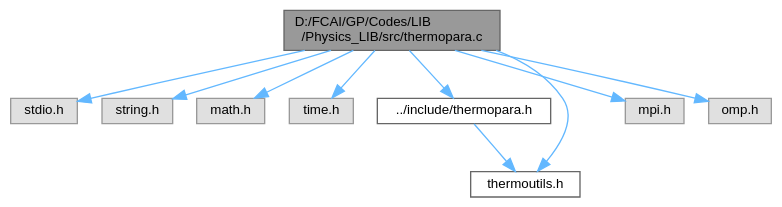
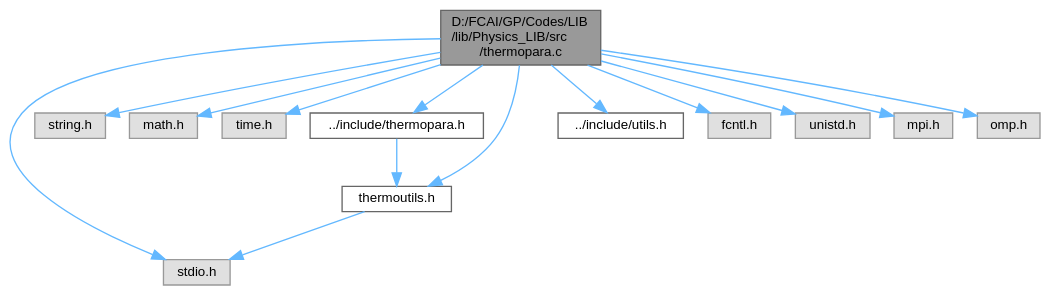
One commit to Computational-science-based-on-HPC/Computational-science-based-on-HPC.github.i changed the diagram in thermopara_8c__incl.dot. Above: the diagram before and after it, drawn with Graphviz. The commit also changed 103 other files, not shown here.

```diff
--- a/thermopara_8c__incl.dot
+++ b/thermopara_8c__incl.dot
@@ -1,25 +1,32 @@
-digraph "D:/FCAI/GP/Codes/LIB/Physics_LIB/src/thermopara.c"
+digraph "D:/FCAI/GP/Codes/LIB/lib/Physics_LIB/src/thermopara.c"
 {
  // LATEX_PDF_SIZE
   bgcolor="transparent";
   edge [fontname=Helvetica,fontsize=10,labelfontname=Helvetica,labelfontsize=10];
   node [fontname=Helvetica,fontsize=10,shape=box,height=0.2,width=0.4];
-  Node1 [id="Node000001",label="D:/FCAI/GP/Codes/LIB\l/Physics_LIB/src/thermopara.c",height=0.2,width=0.4,color="gray40", fillcolor="grey60", style="filled", fontcolor="black",tooltip="This file contains the implementation of the parallel version of the heat transfer simulation in 1D a..."];
+  Node1 [id="Node000001",label="D:/FCAI/GP/Codes/LIB\l/lib/Physics_LIB/src\l/thermopara.c",height=0.2,width=0.4,color="gray40", fillcolor="grey60", style="filled", fontcolor="black",tooltip=" "];
   Node1 -> Node2 [id="edge1_Node000001_Node000002",color="steelblue1",style="solid",tooltip=" "];
   Node2 [id="Node000002",label="stdio.h",height=0.2,width=0.4,color="grey60", fillcolor="#E0E0E0", style="filled",tooltip=" "];
   Node1 -> Node3 [id="edge2_Node000001_Node000003",color="steelblue1",style="solid",tooltip=" "];
   Node3 [id="Node000003",label="string.h",height=0.2,width=0.4,color="grey60", fillcolor="#E0E0E0", style="filled",tooltip=" "];
   Node1 -> Node4 [id="edge3_Node000001_Node000004",color="steelblue1",style="solid",tooltip=" "];
   Node4 [id="Node000004",label="math.h",height=0.2,width=0.4,color="grey60", fillcolor="#E0E0E0", style="filled",tooltip=" "];
   Node1 -> Node5 [id="edge4_Node000001_Node000005",color="steelblue1",style="solid",tooltip=" "];
   Node5 [id="Node000005",label="time.h",height=0.2,width=0.4,color="grey60", fillcolor="#E0E0E0", style="filled",tooltip=" "];
   Node1 -> Node6 [id="edge5_Node000001_Node000006",color="steelblue1",style="solid",tooltip=" "];
-  Node6 [id="Node000006",label="../include/thermopara.h",height=0.2,width=0.4,color="grey40", fillcolor="white", style="filled",URL="$thermopara_8h.html",tooltip=" "];
+  Node6 [id="Node000006",label="../include/thermopara.h",height=0.2,width=0.4,color="grey40", fillcolor="white", style="filled",URL="$thermopara_8h.html",tooltip="This file contains the implementation of the parallel version of the heat transfer simulation in 1D a..."];
   Node6 -> Node7 [id="edge6_Node000006_Node000007",color="steelblue1",style="solid",tooltip=" "];
-  Node7 [id="Node000007",label="thermoutils.h",height=0.2,width=0.4,color="grey40", fillcolor="white", style="filled",URL="$thermoutils_8h.html",tooltip=" "];
-  Node1 -> Node7 [id="edge7_Node000001_Node000007",color="steelblue1",style="solid",tooltip=" "];
-  Node1 -> Node8 [id="edge8_Node000001_Node000008",color="steelblue1",style="solid",tooltip=" "];
-  Node8 [id="Node000008",label="mpi.h",height=0.2,width=0.4,color="grey60", fillcolor="#E0E0E0", style="filled",tooltip=" "];
-  Node1 -> Node9 [id="edge9_Node000001_Node000009",color="steelblue1",style="solid",tooltip=" "];
-  Node9 [id="Node000009",label="omp.h",height=0.2,width=0.4,color="grey60", fillcolor="#E0E0E0", style="filled",tooltip=" "];
+  Node7 [id="Node000007",label="thermoutils.h",height=0.2,width=0.4,color="grey40", fillcolor="white", style="filled",URL="$thermoutils_8h.html",tooltip="This file contains the utility functions used by the heat transfer simulation in 1D and 2D to help in..."];
+  Node7 -> Node2 [id="edge7_Node000007_Node000002",color="steelblue1",style="solid",tooltip=" "];
+  Node1 -> Node7 [id="edge8_Node000001_Node000007",color="steelblue1",style="solid",tooltip=" "];
+  Node1 -> Node8 [id="edge9_Node000001_Node000008",color="steelblue1",style="solid",tooltip=" "];
+  Node8 [id="Node000008",label="../include/utils.h",height=0.2,width=0.4,color="grey40", fillcolor="white", style="filled",URL="$utils_8h.html",tooltip="This file contains utility functions used by oscillations simulation to help in calculations."];
+  Node1 -> Node9 [id="edge10_Node000001_Node000009",color="steelblue1",style="solid",tooltip=" "];
+  Node9 [id="Node000009",label="fcntl.h",height=0.2,width=0.4,color="grey60", fillcolor="#E0E0E0", style="filled",tooltip=" "];
+  Node1 -> Node10 [id="edge11_Node000001_Node000010",color="steelblue1",style="solid",tooltip=" "];
+  Node10 [id="Node000010",label="unistd.h",height=0.2,width=0.4,color="grey60", fillcolor="#E0E0E0", style="filled",tooltip=" "];
+  Node1 -> Node11 [id="edge12_Node000001_Node000011",color="steelblue1",style="solid",tooltip=" "];
+  Node11 [id="Node000011",label="mpi.h",height=0.2,width=0.4,color="grey60", fillcolor="#E0E0E0", style="filled",tooltip=" "];
+  Node1 -> Node12 [id="edge13_Node000001_Node000012",color="steelblue1",style="solid",tooltip=" "];
+  Node12 [id="Node000012",label="omp.h",height=0.2,width=0.4,color="grey60", fillcolor="#E0E0E0", style="filled",tooltip=" "];
 }
```
